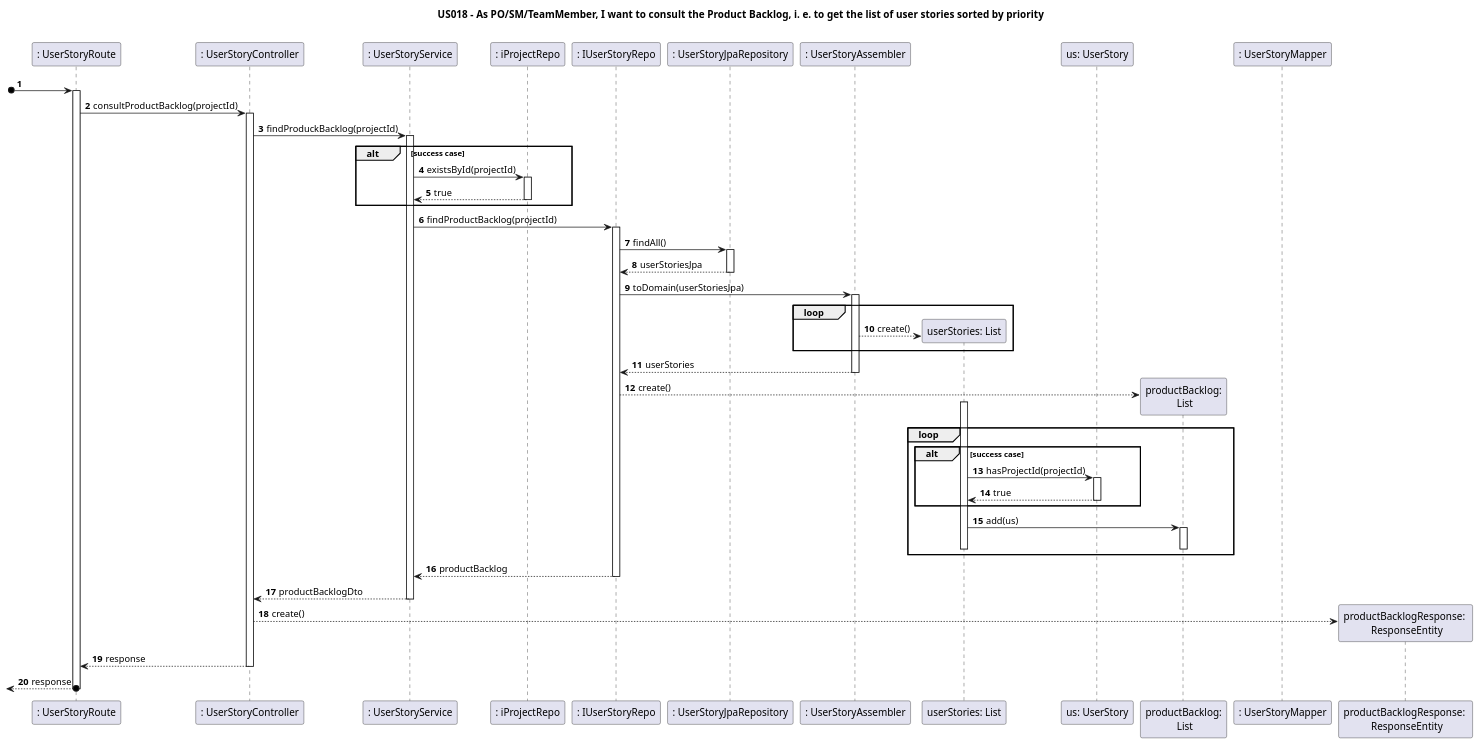
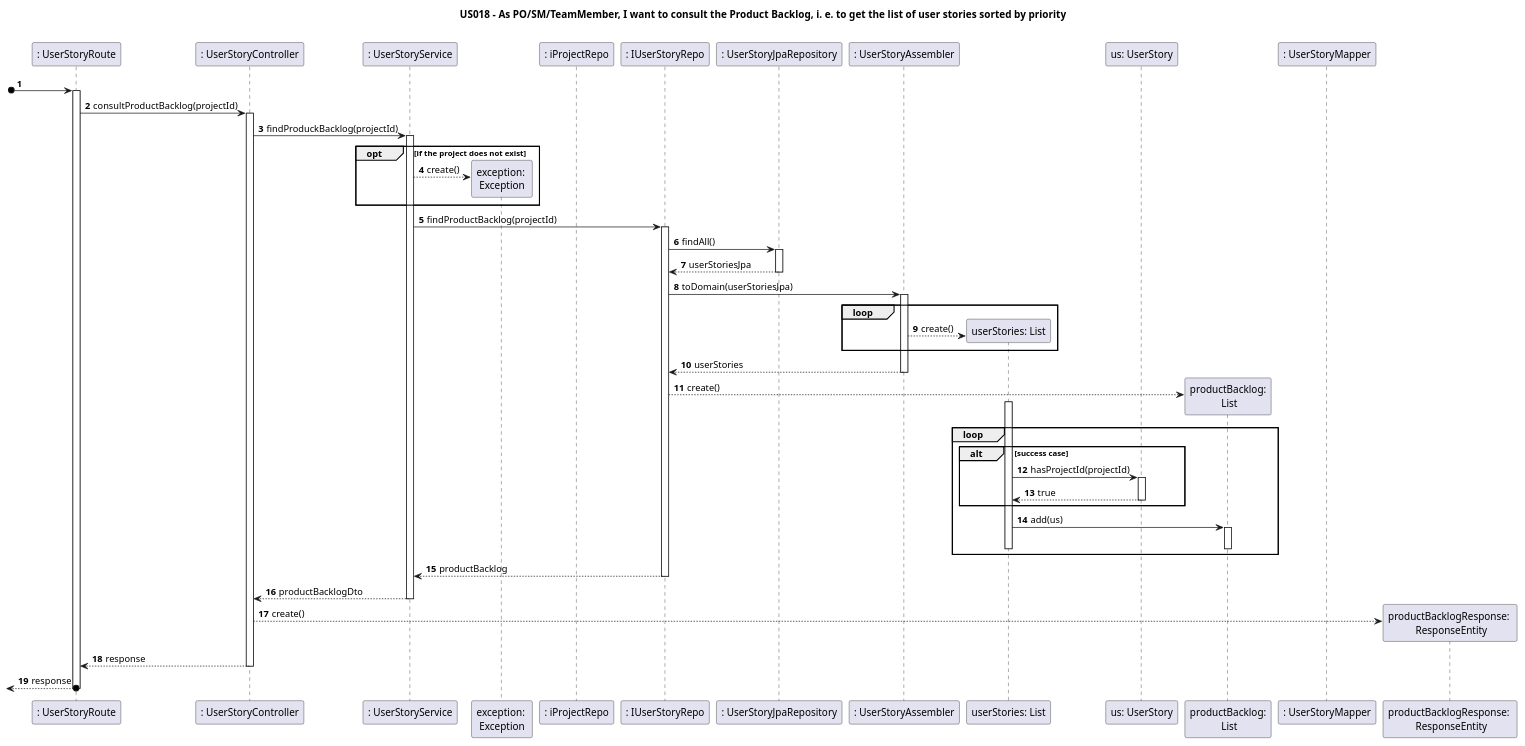
Before and after one commit to nunogon1211787/projectManagement: the diagram in docs/Sprint2/US018/US018-SD.puml, drawn with PlantUML. The commit also changed 32 other files, not shown here.

```diff
--- a/docs/Sprint2/US018/US018-SD.puml
+++ b/docs/Sprint2/US018/US018-SD.puml
@@ -1,52 +1,52 @@
 @startuml
 title "US018 - As PO/SM/TeamMember, I want to consult the Product Backlog, i. e. to get the list of user stories sorted by priority"
 
 autoactivate on
 autonumber
 
 participant ": UserStoryRoute" as UI
 participant ": UserStoryController" as Ctrl
 participant ": UserStoryService" as Service
+participant "exception: \nException" as exc
 participant ": iProjectRepo" as ProjectRepo
 participant ": IUserStoryRepo" as Repo
 participant ": UserStoryJpaRepository" as Driver
 participant ": UserStoryAssembler" as Assembler
 participant "userStories: List" as UserStories
 participant "us: UserStory" as UserStory
 participant "productBacklog:\n List" as Backlog
 participant ": UserStoryMapper" as mapper
 participant "productBacklogResponse: \n ResponseEntity" as json
 
 [o-> UI
 UI -> Ctrl: consultProductBacklog(projectId)
 Ctrl -> Service: findProduckBacklog(projectId)
-alt success case
-    Service -> ProjectRepo: existsById(projectId)
-    return true
+opt if the project does not exist
+    Service --> exc**: create()
 end
 Service -> Repo: findProductBacklog(projectId)
 Repo -> Driver: findAll()
 return userStoriesJpa
 Repo -> Assembler: toDomain(userStoriesJpa)
     loop
         Assembler --> UserStories**: create()
     end
 return userStories
 Repo --> Backlog**: create()
     loop
     activate UserStories
         alt success case
             UserStories -> UserStory:  hasProjectId(projectId)
             return true
         end
         UserStories -> Backlog: add(us)
         deactivate Backlog
         deactivate UserStories
     end
 return productBacklog
 return productBacklogDto
 Ctrl --> json**: create()
 return response
 return response
 
 @enduml
```
